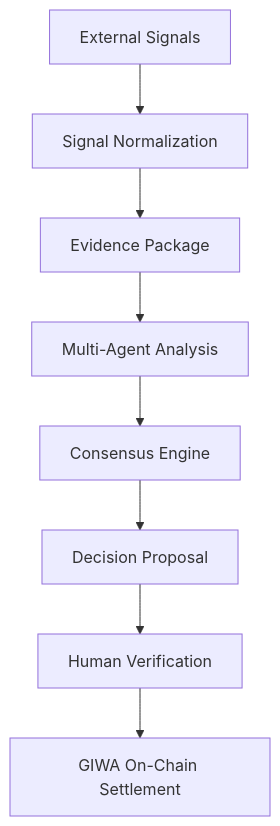
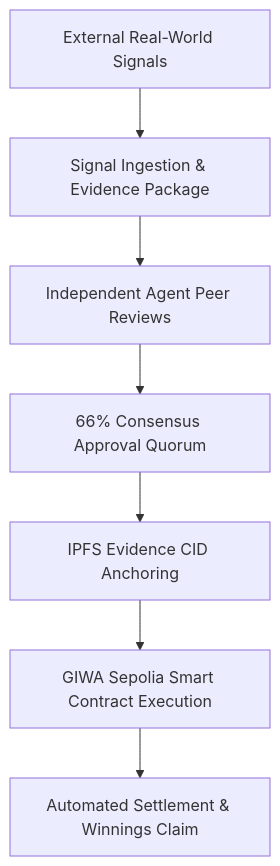
Before and after one commit to 0xaje/AiraMarKet: the diagram in docs/EXECUTIVE_OVERVIEW.md, drawn with Mermaid. The commit also changed other lines of this file, not shown here.

````diff
--- a/docs/EXECUTIVE_OVERVIEW.md
+++ b/docs/EXECUTIVE_OVERVIEW.md
@@ -42,10 +34,9 @@
 ```mermaid
 flowchart TD
-    stage1[External Signals] --> stage2[Signal Normalization]
-    stage2 --> stage3[Evidence Package]
-    stage3 --> stage4[Multi-Agent Analysis]
-    stage4 --> stage5[Consensus Engine]
-    stage5 --> stage6[Decision Proposal]
-    stage6 --> stage7[Human Verification]
-    stage7 --> stage8[GIWA On-Chain Settlement]
+    stage1[External Real-World Signals] --> stage2[Signal Ingestion & Evidence Package]
+    stage2 --> stage3[Independent Agent Peer Reviews]
+    stage3 --> stage4[66% Consensus Approval Quorum]
+    stage4 --> stage5[IPFS Evidence CID Anchoring]
+    stage5 --> stage6[GIWA Sepolia Smart Contract Execution]
+    stage6 --> stage7[Automated Settlement & Winnings Claim]
 ```
````
